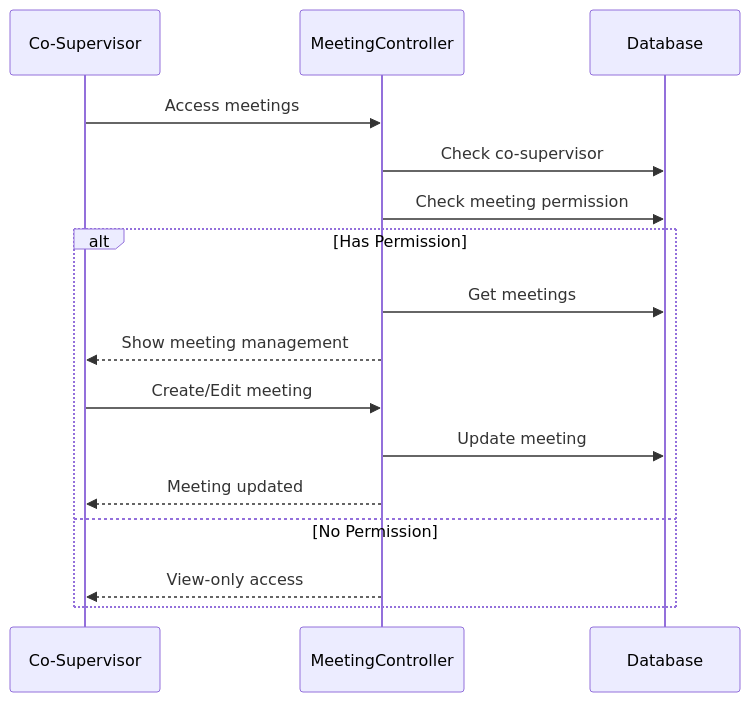
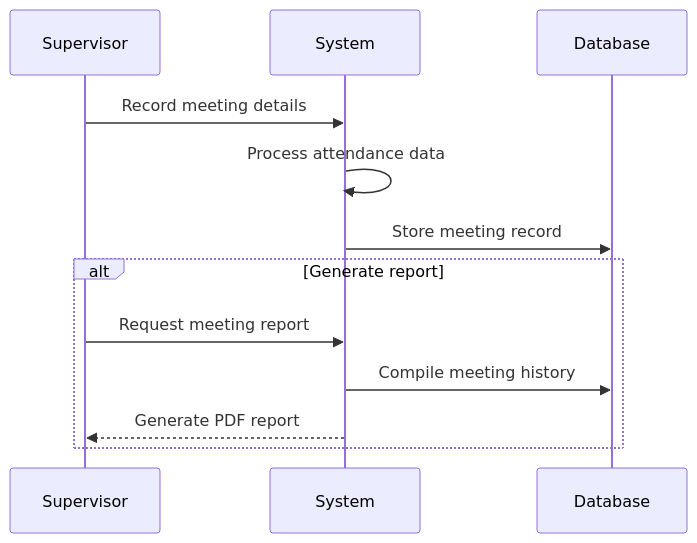
Before and after one commit to abdullah2323442/thesisrepo-backup: the seventh of 16 diagrams in sequence.md, drawn with Mermaid. The commit also changed other lines of this file, not shown here.

Commit message:
refactor(sequence-diagrams): Revise sequence diagrams for improved clarity and organization of system workflows

````diff
--- a/sequence.md
+++ b/sequence.md
@@ -226,20 +125,16 @@
 ```mermaid
 sequenceDiagram
-    participant CS as Co-Supervisor
-    participant MC as MeetingController
-    participant DB as Database
+    participant Supervisor
+    participant System
+    participant Database
 
-    CS->>MC: Access meetings
-    MC->>DB: Check co-supervisor
-    MC->>DB: Check meeting permission
+    Supervisor->>System: Record meeting details
+    System->>System: Process attendance data
+    System->>Database: Store meeting record
     
-    alt Has Permission
-        MC->>DB: Get meetings
-        MC-->>CS: Show meeting management
-        CS->>MC: Create/Edit meeting
-        MC->>DB: Update meeting
-        MC-->>CS: Meeting updated
-    else No Permission
-        MC-->>CS: View-only access
+    alt Generate report
+        Supervisor->>System: Request meeting report
+        System->>Database: Compile meeting history
+        System-->>Supervisor: Generate PDF report
     end
 ```
````
